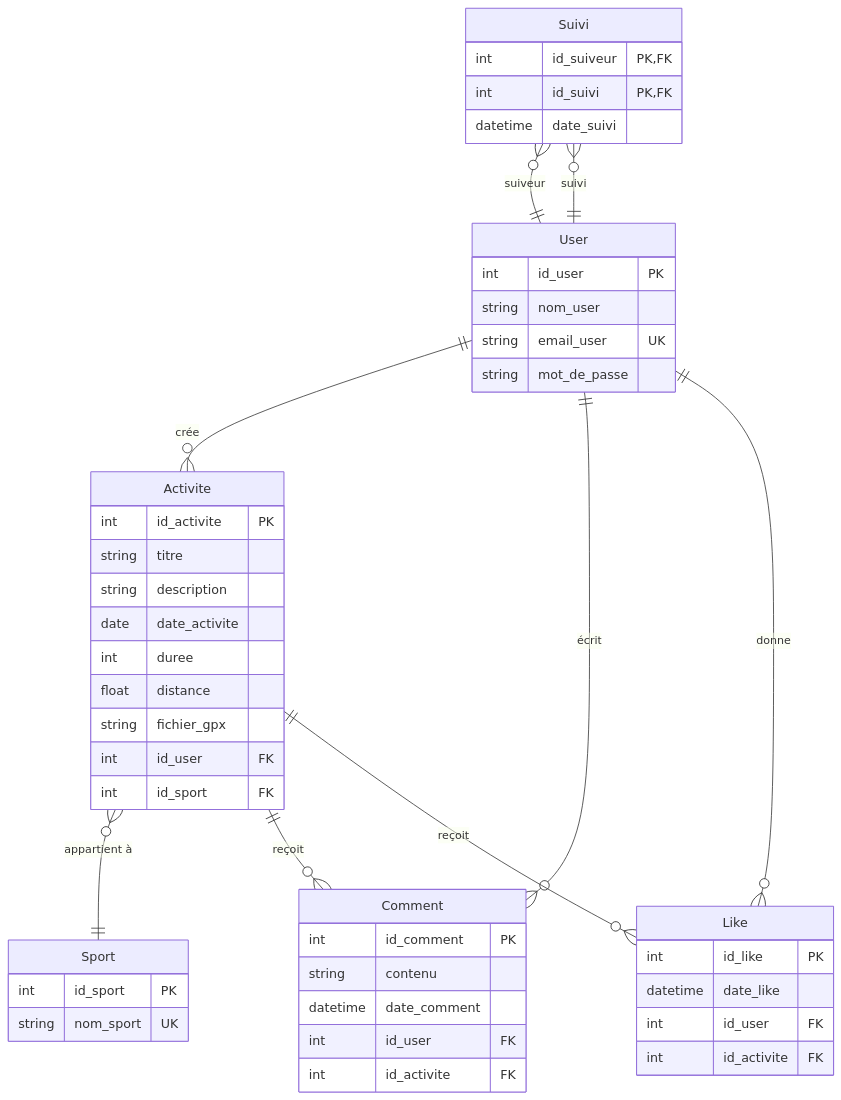
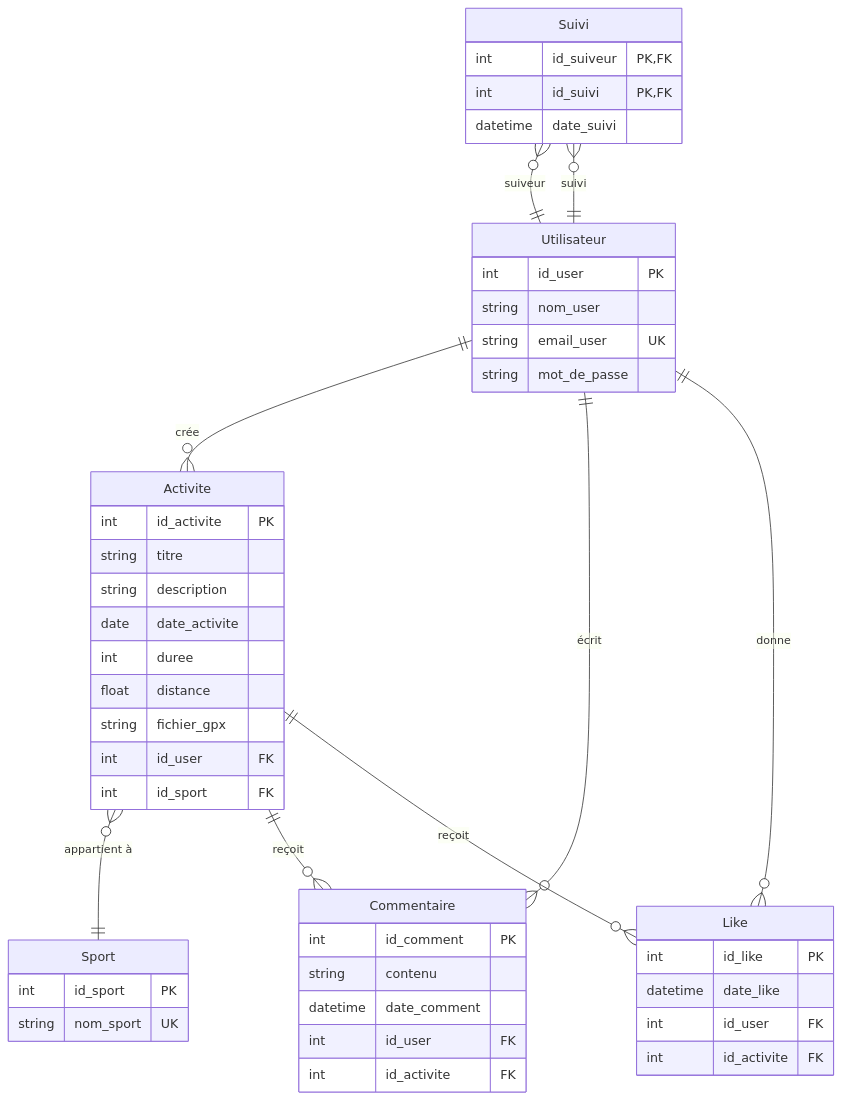
The diagram in doc/modèle_physique_données.md (TeodoraHub/Info-2A-Strava), drawn with Mermaid before and after one commit.

Commit message:
Update modèle_physique_données.md
Noms des tables en français

````diff
--- a/doc/modèle_physique_données.md
+++ b/doc/modèle_physique_données.md
@@ -1,60 +1,60 @@
 ```mermaid
 erDiagram
-    User {
+    Utilisateur {
         int id_user PK
         string nom_user
         string email_user UK
         string mot_de_passe
     }
 
     Sport {
         int id_sport PK
         string nom_sport UK
     }
 
     Activite {
         int id_activite PK
         string titre
         string description
         date date_activite
         int duree
         float distance
         string fichier_gpx
         int id_user FK
         int id_sport FK
     }
 
-    Comment {
+    Commentaire {
         int id_comment PK
         string contenu
         datetime date_comment
         int id_user FK
         int id_activite FK
     }
 
     Like {
         int id_like PK
         datetime date_like
         int id_user FK
         int id_activite FK
     }
 
     Suivi {
         int id_suiveur PK, FK
         int id_suivi PK, FK
         datetime date_suivi
     }
 
 
     %% Relations
-    User ||--o{ Activite : "crée"
-    User ||--o{ Comment : "écrit"
-    User ||--o{ Like : "donne"
+    Utilisateur ||--o{ Activite : "crée"
+    Utilisateur ||--o{ Commentaire : "écrit"
+    Utilisateur ||--o{ Like : "donne"
 
     Activite }o--|| Sport : "appartient à"
-    Activite ||--o{ Comment : "reçoit"
+    Activite ||--o{ Commentaire : "reçoit"
     Activite ||--o{ Like : "reçoit"
 
-    Suivi }o--|| User : "suiveur"
-    Suivi }o--|| User : "suivi"
+    Suivi }o--|| Utilisateur : "suiveur"
+    Suivi }o--|| Utilisateur : "suivi"
 ```
````
